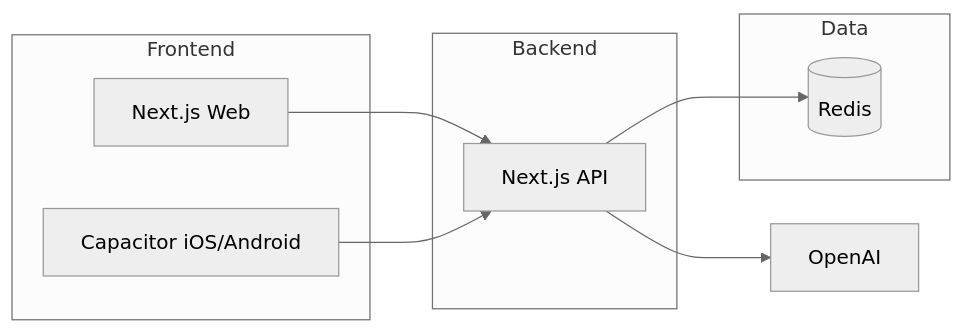
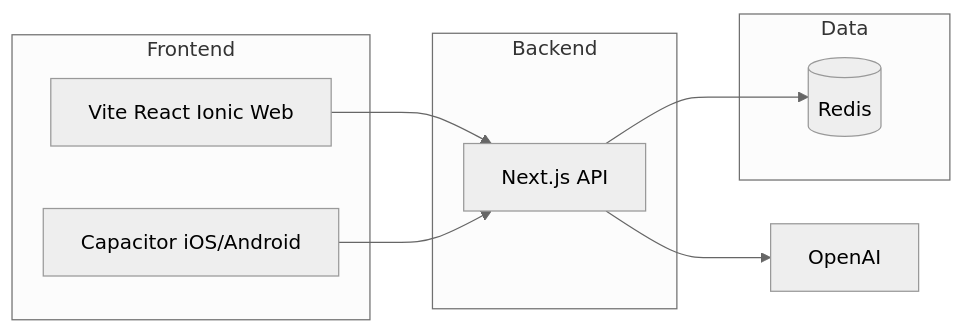
The diagram in prds/PLAN.md (pmarashian/money-tracker), drawn with Mermaid (neutral theme) before and after one commit. The commit also changed other lines of this file, not shown here.

````diff
--- a/prds/PLAN.md
+++ b/prds/PLAN.md
@@ -5,17 +5,17 @@
 ```mermaid
 flowchart LR
   subgraph client [Frontend]
-    Web[Next.js Web]
+    Web[Vite React Ionic Web]
     Cap[Capacitor iOS/Android]
   end
   subgraph api [Backend]
     NextAPI[Next.js API]
   end
   subgraph data [Data]
     Redis[(Redis)]
   end
   Web --> NextAPI
   Cap --> NextAPI
   NextAPI --> Redis
   NextAPI --> OpenAI[OpenAI]
 ```
````
